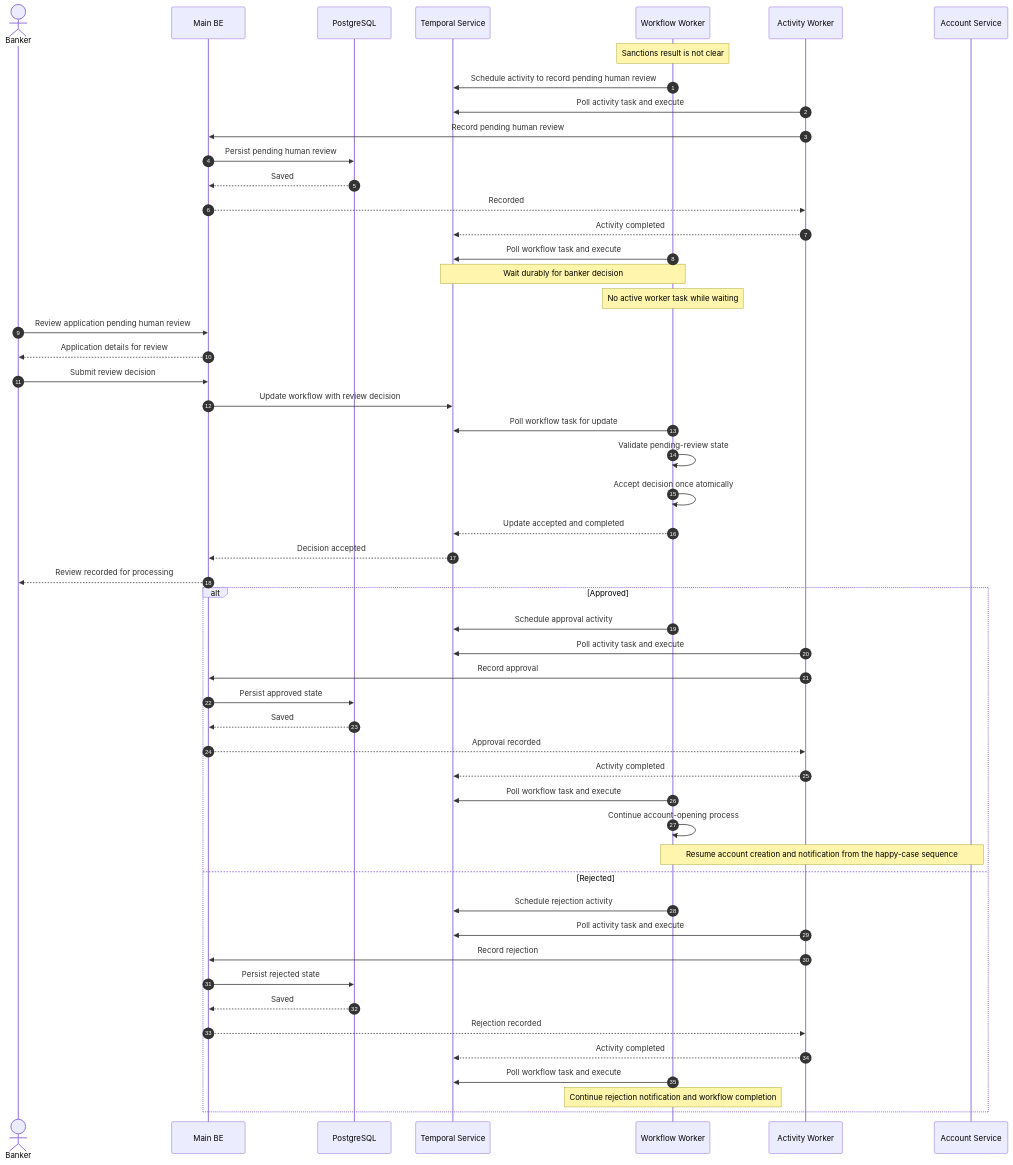
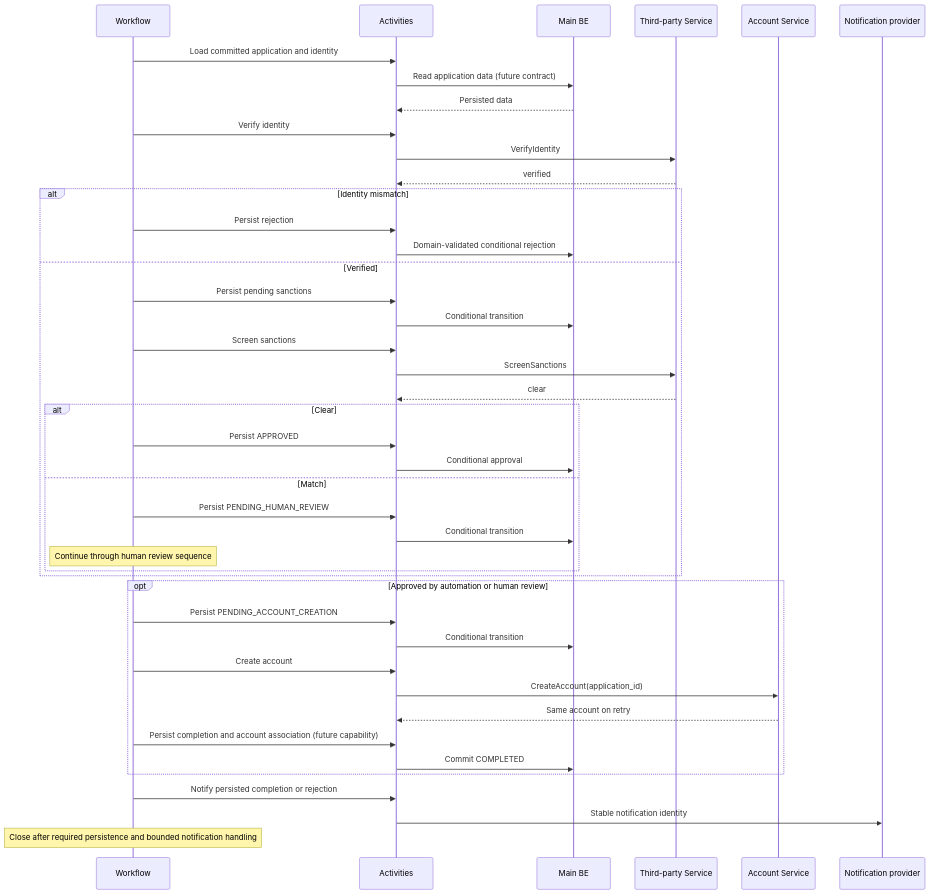
The second of 4 diagrams in docs/AI/onboarding-sequence.md (NguyenHoangNguyen22120236/Lite-Bank-Account-Onboarding), drawn with Mermaid before and after one commit. The commit also changed other lines of this file and 6 other files, not shown here.

````diff
--- a/docs/AI/onboarding-sequence.md
+++ b/docs/AI/onboarding-sequence.md
@@ -72,57 +48,45 @@
 ```mermaid
 sequenceDiagram
-    autonumber
-    actor Banker
-    participant MainBE as Main BE
-    participant DB as PostgreSQL
-    participant Temporal as Temporal Service
-    participant Workflow as Workflow Worker
-    participant Activity as Activity Worker
+    participant W as Workflow
+    participant A as Activities
+    participant Main as Main BE
+    participant Third as Third-party Service
     participant Account as Account Service
-
-    Note over Workflow: Sanctions result is not clear
-    Workflow->>Temporal: Schedule activity to record pending human review
-    Activity->>Temporal: Poll activity task and execute
-    Activity->>MainBE: Record pending human review
-    MainBE->>DB: Persist pending human review
-    DB-->>MainBE: Saved
-    MainBE-->>Activity: Recorded
-    Activity-->>Temporal: Activity completed
-    Workflow->>Temporal: Poll workflow task and execute
-    Note over Temporal,Workflow: Wait durably for banker decision
-    Note over Workflow: No active worker task while waiting
-
-    Banker->>MainBE: Review application pending human review
-    MainBE-->>Banker: Application details for review
-    Banker->>MainBE: Submit review decision
-    MainBE->>Temporal: Update workflow with review decision
-    Workflow->>Temporal: Poll workflow task for update
-    Workflow->>Workflow: Validate pending-review state
-    Workflow->>Workflow: Accept decision once atomically
-    Workflow-->>Temporal: Update accepted and completed
-    Temporal-->>MainBE: Decision accepted
-    MainBE-->>Banker: Review recorded for processing
-
-    alt Approved
-        Workflow->>Temporal: Schedule approval activity
-        Activity->>Temporal: Poll activity task and execute
-        Activity->>MainBE: Record approval
-        MainBE->>DB: Persist approved state
-        DB-->>MainBE: Saved
-        MainBE-->>Activity: Approval recorded
-        Activity-->>Temporal: Activity completed
-        Workflow->>Temporal: Poll workflow task and execute
-        Workflow->>Workflow: Continue account-opening process
-        Note over Workflow,Account: Resume account creation and notification from the happy-case sequence
-    else Rejected
-        Workflow->>Temporal: Schedule rejection activity
-        Activity->>Temporal: Poll activity task and execute
-        Activity->>MainBE: Record rejection
-        MainBE->>DB: Persist rejected state
-        DB-->>MainBE: Saved
-        MainBE-->>Activity: Rejection recorded
-        Activity-->>Temporal: Activity completed
-        Workflow->>Temporal: Poll workflow task and execute
-        Note over Workflow: Continue rejection notification and workflow completion
+    participant Notify as Notification provider
+    W->>A: Load committed application and identity
+    A->>Main: Read application data (future contract)
+    Main-->>A: Persisted data
+    W->>A: Verify identity
+    A->>Third: VerifyIdentity
+    Third-->>A: verified
+    alt Identity mismatch
+        W->>A: Persist rejection
+        A->>Main: Domain-validated conditional rejection
+    else Verified
+        W->>A: Persist pending sanctions
+        A->>Main: Conditional transition
+        W->>A: Screen sanctions
+        A->>Third: ScreenSanctions
+        Third-->>A: clear
+        alt Clear
+            W->>A: Persist APPROVED
+            A->>Main: Conditional approval
+        else Match
+            W->>A: Persist PENDING_HUMAN_REVIEW
+            A->>Main: Conditional transition
+            Note over W: Continue through human review sequence
+        end
     end
+    opt Approved by automation or human review
+        W->>A: Persist PENDING_ACCOUNT_CREATION
+        A->>Main: Conditional transition
+        W->>A: Create account
+        A->>Account: CreateAccount(application_id)
+        Account-->>A: Same account on retry
+        W->>A: Persist completion and account association (future capability)
+        A->>Main: Commit COMPLETED
+    end
+    W->>A: Notify persisted completion or rejection
+    A->>Notify: Stable notification identity
+    Note over W: Close after required persistence and bounded notification handling
 ```
````
